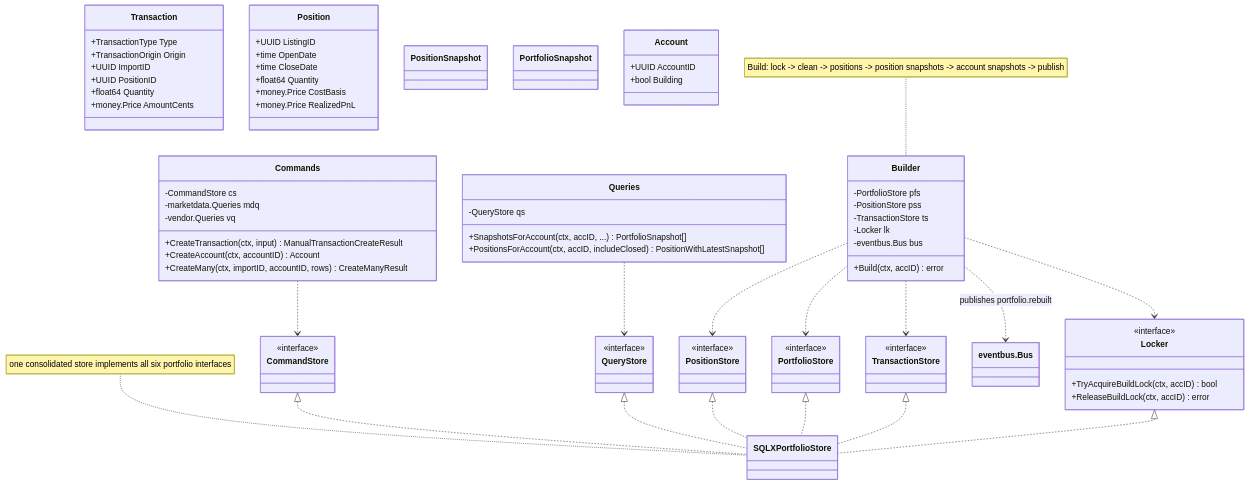
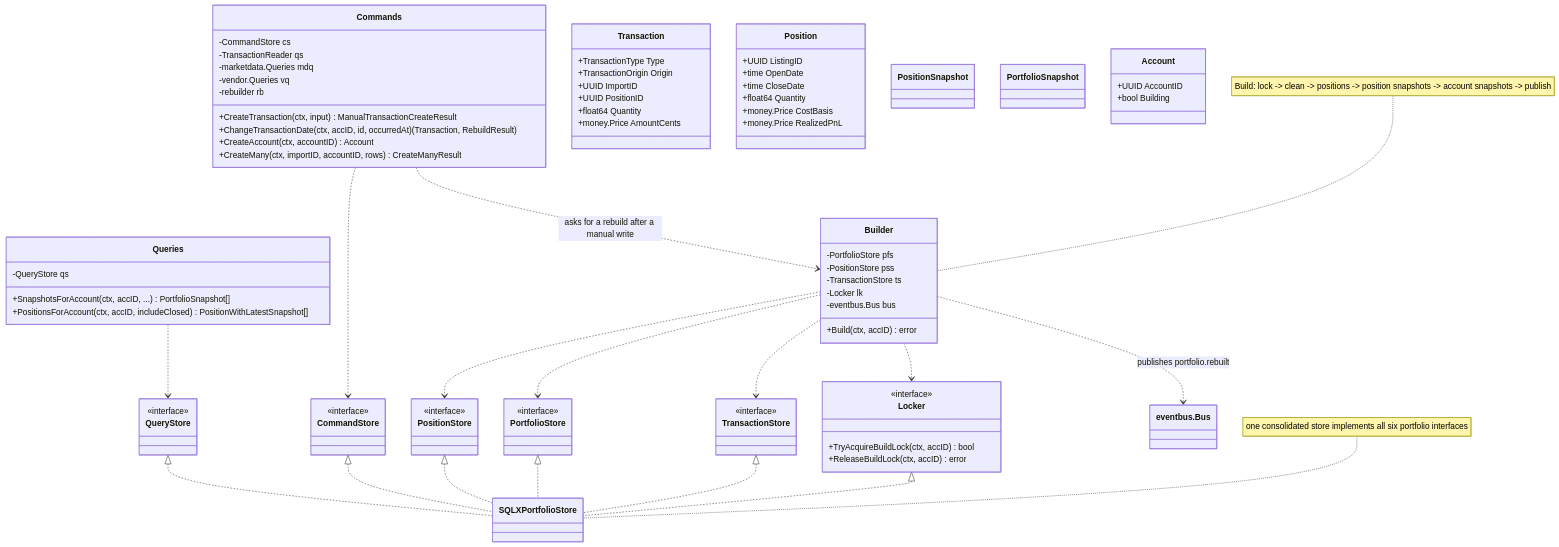
Before and after one commit to lennardclaproth/ta11y: the first of 5 diagrams in apps/api/docs/features/[013]_PORTFOLIO.md, drawn with Mermaid. The commit also changed other lines of this file and 43 other files, not shown here.

First line of the commit message:
13: Editable transaction date (#25)

```diff
--- a/apps/api/docs/features/[013]_PORTFOLIO.md
+++ b/apps/api/docs/features/[013]_PORTFOLIO.md
@@ -26,9 +28,12 @@
 classDiagram
     class Commands {
         -CommandStore cs
+        -TransactionReader qs
         -marketdata.Queries mdq
         -vendor.Queries vq
+        -rebuilder rb
         +CreateTransaction(ctx, input) ManualTransactionCreateResult
+        +ChangeTransactionDate(ctx, accID, id, occurredAt) (Transaction, RebuildResult)
         +CreateAccount(ctx, accountID) Account
         +CreateMany(ctx, importID, accountID, rows) CreateManyResult
     }
@@ -91,6 +96,7 @@
     }
 
     Commands ..> CommandStore
+    Commands ..> Builder : asks for a rebuild after a manual write
     Queries ..> QueryStore
     Builder ..> PositionStore
     Builder ..> PortfolioStore
```
